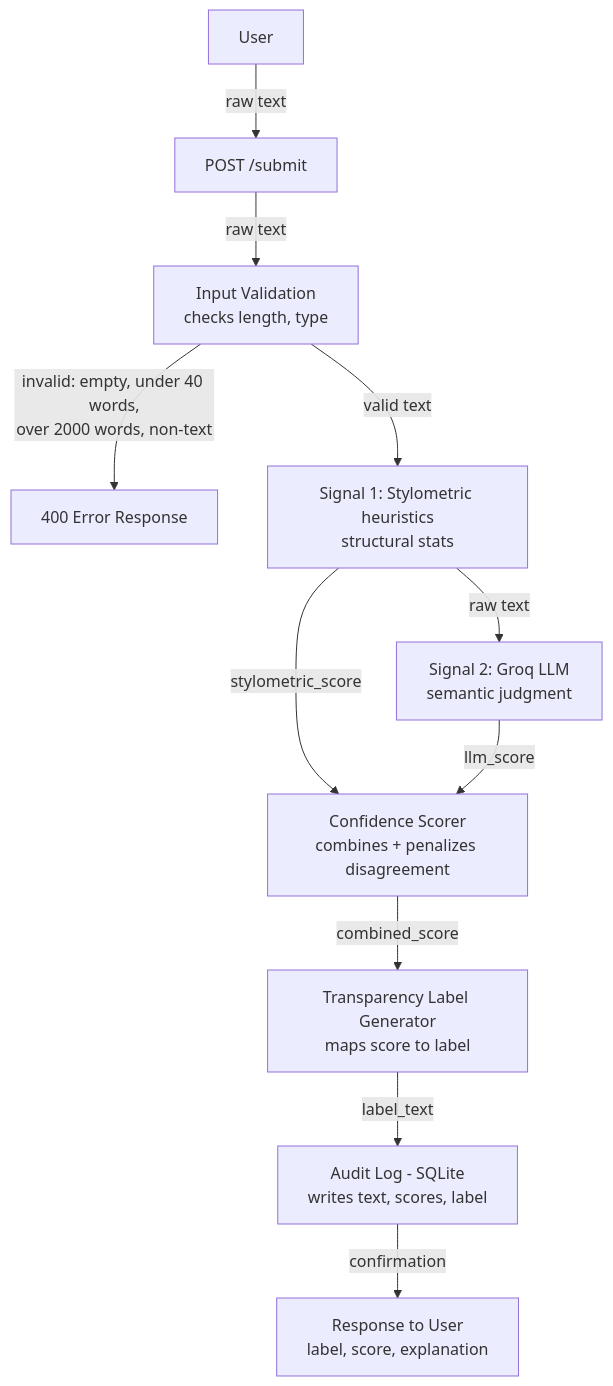
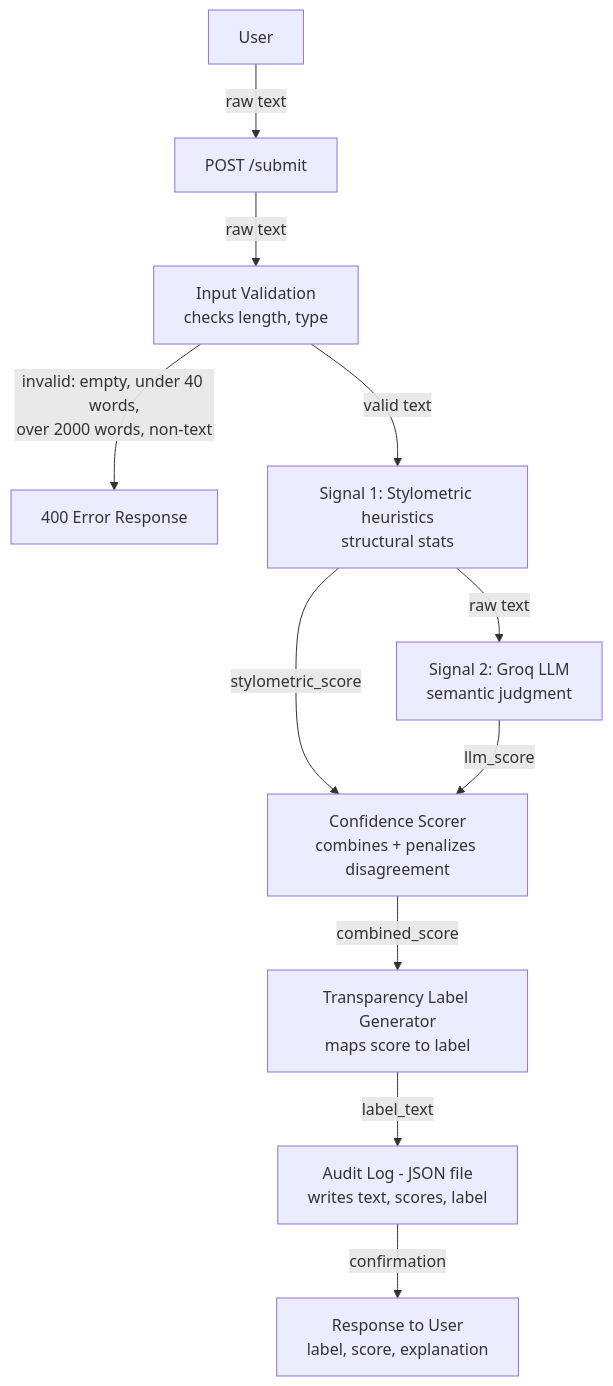
One commit to KerolosAssad/ai201-project4-provenance-guard changed the first of 2 diagrams in planning.md. Above: the diagram before and after it, drawn with Mermaid. The commit also changed other lines of this file, not shown here.

Commit message:
Fix inaccurate references in planning.md (SQLite vs. JSON storage, mislabeled disagreement metric)

````diff
--- a/planning.md
+++ b/planning.md
@@ -90,13 +90,13 @@
 ```mermaid
 flowchart TD
     A[User] -->|raw text| B[POST /submit]
     B -->|raw text| V[Input Validation<br/>checks length, type]
     V -->|invalid: empty, under 40 words,<br/>over 2000 words, non-text| R[400 Error Response]
     V -->|valid text| C[Signal 1: Stylometric heuristics<br/>structural stats]
     C -->|raw text| D[Signal 2: Groq LLM<br/>semantic judgment]
     C -->|stylometric_score| E[Confidence Scorer<br/>combines + penalizes disagreement]
     D -->|llm_score| E
     E -->|combined_score| F[Transparency Label Generator<br/>maps score to label]
-    F -->|label_text| G[Audit Log - SQLite<br/>writes text, scores, label]
+    F -->|label_text| G[Audit Log - JSON file<br/>writes text, scores, label]
     G -->|confirmation| H[Response to User<br/>label, score, explanation]
 ```
````
